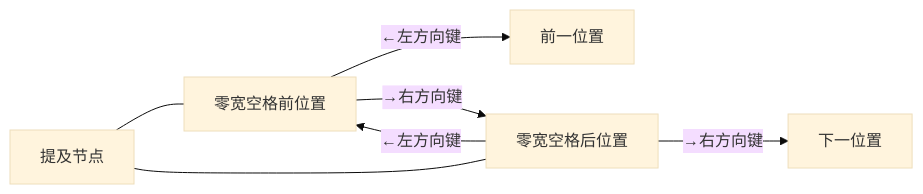
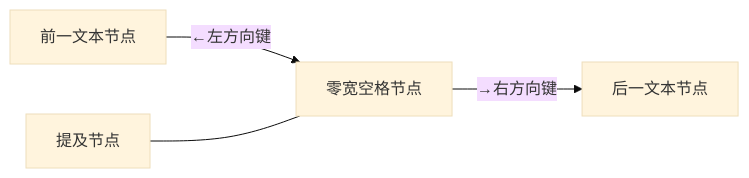
One commit to guixin-ai/guixin changed the first of 2 diagrams in apps/client/src/components/chat-input/plugins/mention-navigation.plugin.md. Above: the diagram before and after it, drawn with Mermaid (base theme). The commit also changed other lines of this file and 2 other files, not shown here.

````diff
--- a/apps/client/src/components/chat-input/plugins/mention-navigation.plugin.md
+++ b/apps/client/src/components/chat-input/plugins/mention-navigation.plugin.md
@@ -16,9 +16,6 @@
 ```mermaid
 graph LR
-    A["零宽空格前位置"] -->|←左方向键| B["前一位置"]
-    A -->|→右方向键| C["零宽空格后位置"]
-    C -->|←左方向键| A
-    C -->|→右方向键| D["下一位置"]
-    E["提及节点"] --- A
-    E --- C
+    A["前一文本节点"] -->|←左方向键| B["零宽空格节点"]
+    B -->|→右方向键| C["后一文本节点"]
+    E["提及节点"] --- B
 ```
````
